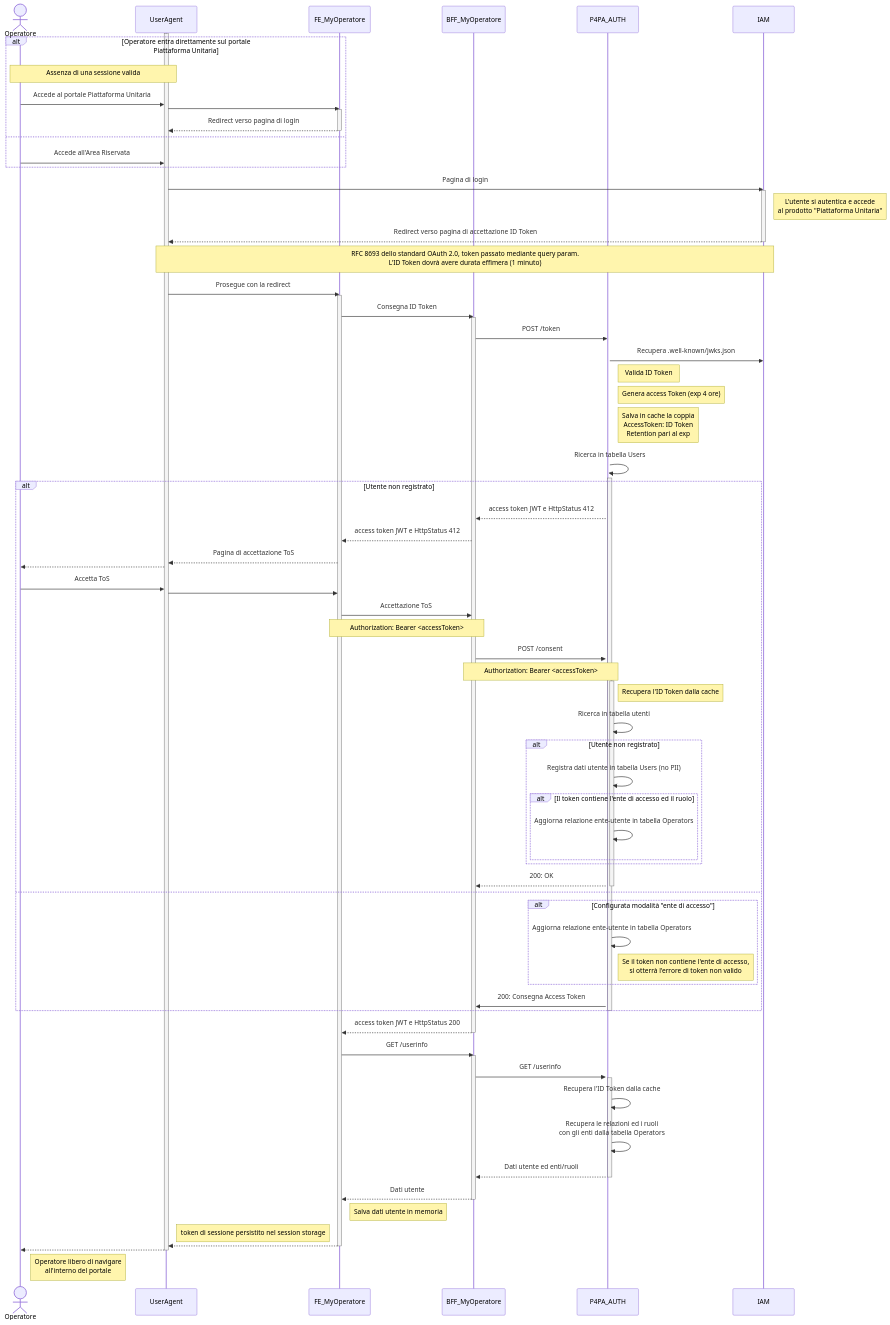
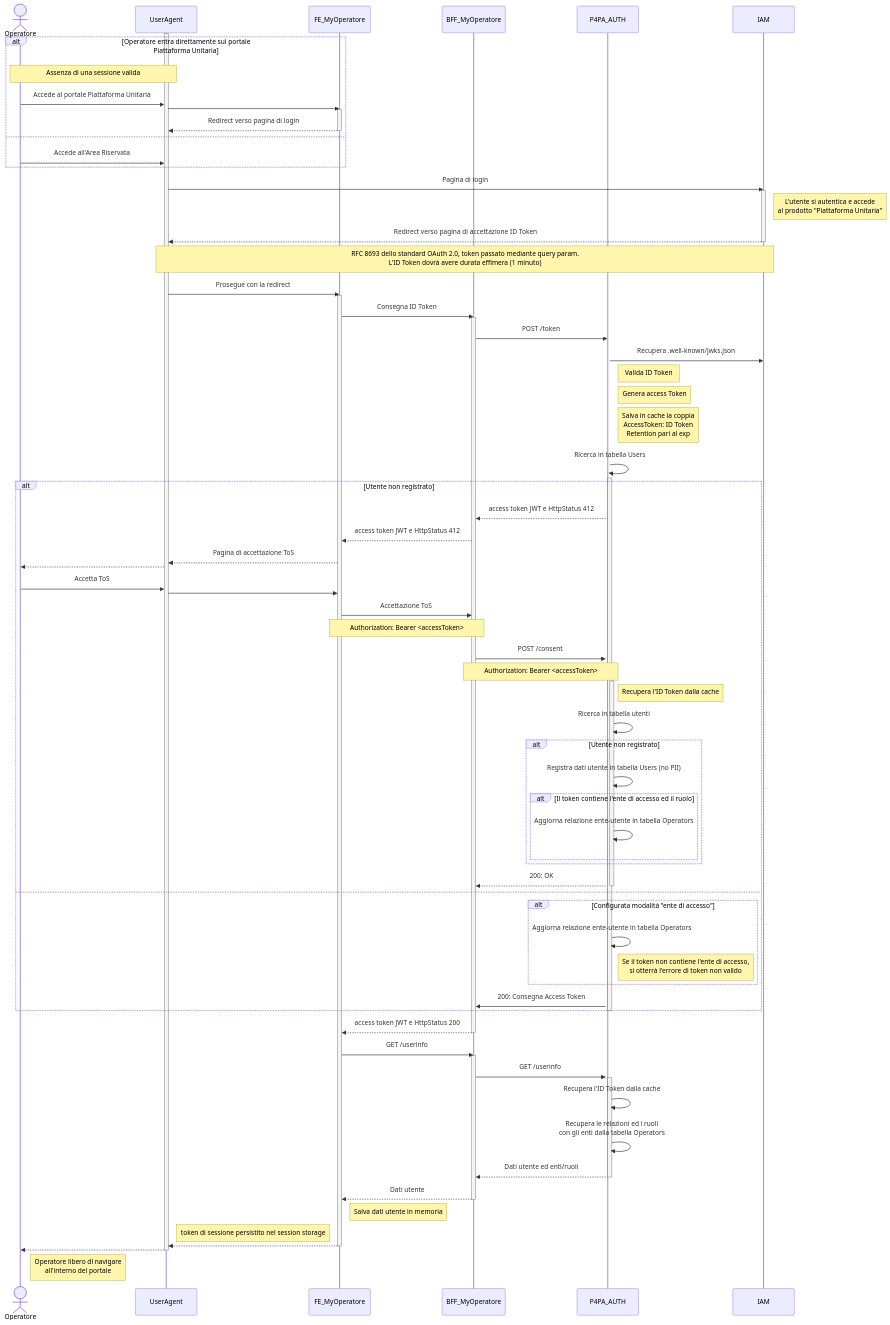
One commit to pagopa/p4pa-doc changed the diagram in design/auth/sequence_auth.mmd. Above: the diagram before and after it, drawn with Mermaid. The commit also changed 1 other file, not shown here.

Commit message:
refresh token

```diff
--- a/design/auth/sequence_auth.mmd
+++ b/design/auth/sequence_auth.mmd
@@ -1,96 +1,96 @@
 sequenceDiagram
     actor Operatore
     participant UserAgent
     participant FE as FE_MyOperatore
     participant BFF as BFF_MyOperatore
     participant AUTH as P4PA_AUTH
     participant IAM
 
     activate UserAgent
         alt Operatore entra direttamente sul portale Piattaforma Unitaria
             note over Operatore, UserAgent: Assenza di una sessione valida
             Operatore ->> UserAgent: Accede al portale Piattaforma Unitaria
 
             UserAgent ->> FE: #
             activate FE
                 FE -->> UserAgent: Redirect verso pagina di login
             deactivate FE
         else
             Operatore ->> UserAgent: Accede all'Area Riservata
         end
 
         UserAgent ->> IAM: Pagina di login
         activate IAM
             note right of IAM: L'utente si autentica e accede<br />al prodotto "Piattaforma Unitaria"
             IAM -->> UserAgent: Redirect verso pagina di accettazione ID Token
         deactivate IAM
         note over UserAgent, IAM: RFC 8693 dello standard OAuth 2.0, token passato mediante query param.<BR />L'ID Token dovrà avere durata effimera (1 minuto)
 
         UserAgent ->> FE: Prosegue con la redirect
         activate FE
             FE ->> BFF: Consegna ID Token
             activate BFF
                 BFF ->> AUTH: POST /token
                 activate AUTH
                     AUTH ->> IAM: Recupera .well-known/jwks.json
                     note right of AUTH: Valida ID Token
-                    note right of AUTH: Genera access Token (exp 4 ore)
+                    note right of AUTH: Genera access Token
                     note right of AUTH: Salva in cache la coppia<BR />AccessToken: ID Token<BR />Retention pari al exp
                     AUTH ->> AUTH: Ricerca in tabella Users
                     activate AUTH
                         alt Utente non registrato
                             AUTH -->> BFF: access token JWT e HttpStatus 412
                             BFF -->> FE: access token JWT e HttpStatus 412
                             FE -->> UserAgent: Pagina di accettazione ToS
                             UserAgent -->> Operatore: #
                             Operatore ->> UserAgent: Accetta ToS
                             UserAgent ->> FE: #
                             FE ->> BFF: Accettazione ToS
                             note over FE, BFF: Authorization: Bearer <accessToken>
                             BFF ->> AUTH: POST /consent
                             note over BFF, AUTH: Authorization: Bearer <accessToken>
                             activate AUTH
                                 note right of AUTH: Recupera l'ID Token dalla cache
                                 AUTH ->> AUTH: Ricerca in tabella utenti
 
                                 alt Utente non registrato
                                     AUTH ->> AUTH: Registra dati utente in tabella Users (no PII)
                                     alt Il token contiene l'ente di accesso ed il ruolo
                                         AUTH ->> AUTH: Aggiorna relazione ente-utente in tabella Operators
                                     end
                                 end
 
                                 AUTH -->> BFF: 200: OK
                             deactivate AUTH
                         else
                             alt Configurata modalità "ente di accesso"
                                 AUTH ->> AUTH: Aggiorna relazione ente-utente in tabella Operators
                                 note right of AUTH: Se il token non contiene l'ente di accesso,<BR />si otterrà l'errore di token non valido
                             end
                             AUTH ->> BFF: 200: Consegna Access Token
                         end
 
                     deactivate AUTH
                 BFF -->> FE: access token JWT e HttpStatus 200
             deactivate BFF
 
             FE ->> BFF: GET /userinfo
             activate BFF
                 BFF ->> AUTH: GET /userinfo
                 activate AUTH
                     AUTH ->> AUTH: Recupera l'ID Token dalla cache
                     AUTH ->> AUTH: Recupera le relazioni ed i ruoli<BR />con gli enti dalla tabella Operators
                     AUTH -->> BFF: Dati utente ed enti/ruoli
                 deactivate AUTH
             BFF -->> FE: Dati utente
             deactivate BFF
             note right of FE: Salva dati utente in memoria
 
             note right of UserAgent: token di sessione persistito nel session storage
             FE -->> UserAgent: #
         deactivate FE
 
         UserAgent -->> Operatore: #
     deactivate UserAgent
 
     note right of Operatore: Operatore libero di navigare<BR />all'interno del portale
```
